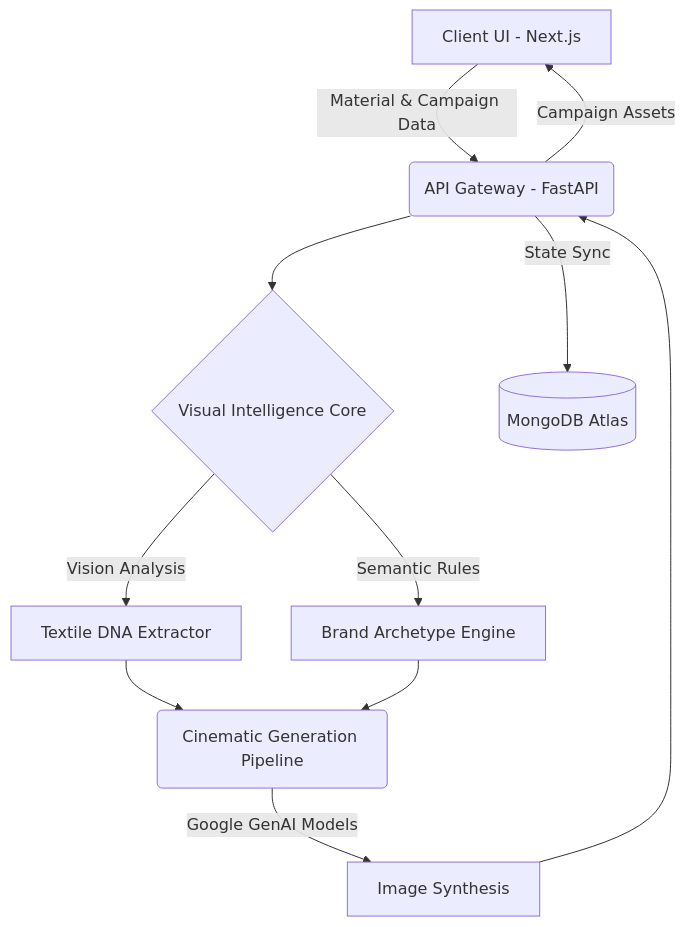
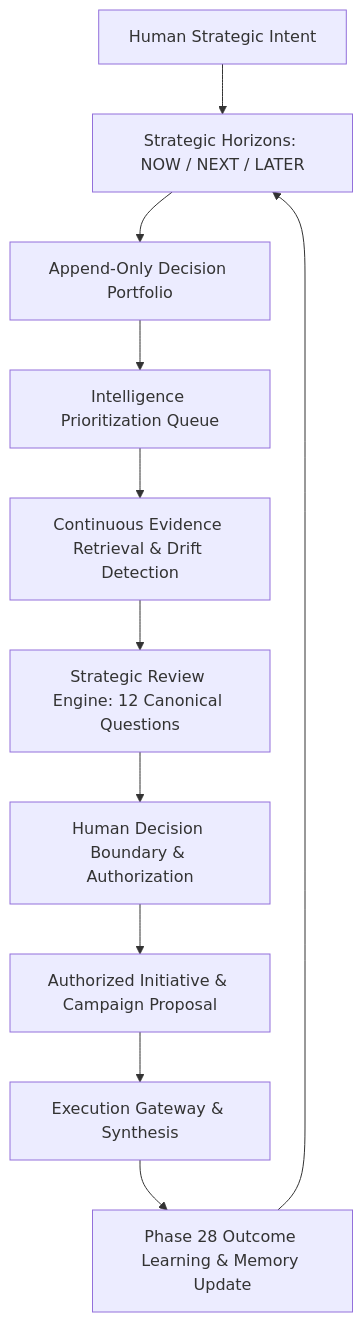
The diagram in README.md (Subhamcode16/MERCER-AI), drawn with Mermaid before and after one commit. The commit also changed other lines of this file and 2 other files, not shown here.

````diff
--- a/README.md
+++ b/README.md
@@ -44,13 +64,13 @@
 ```mermaid
 graph TD
-    A[Client UI - Next.js] -->|Material & Campaign Data| B(API Gateway - FastAPI)
-    B --> C{Visual Intelligence Core}
-    C -->|Vision Analysis| D[Textile DNA Extractor]
-    C -->|Semantic Rules| E[Brand Archetype Engine]
-    D --> F(Cinematic Generation Pipeline)
-    E --> F
-    F -->|Google GenAI Models| G[Image Synthesis]
-    G --> B
-    B -->|Campaign Assets| A
-    B -->|State Sync| H[(MongoDB Atlas)]
+    A[Human Strategic Intent] --> B[Strategic Horizons: NOW / NEXT / LATER]
+    B --> C[Append-Only Decision Portfolio]
+    C --> D[Intelligence Prioritization Queue]
+    D --> E[Continuous Evidence Retrieval & Drift Detection]
+    E --> F[Strategic Review Engine: 12 Canonical Questions]
+    F --> G[Human Decision Boundary & Authorization]
+    G --> H[Authorized Initiative & Campaign Proposal]
+    H --> I[Execution Gateway & Synthesis]
+    I --> J[Phase 28 Outcome Learning & Memory Update]
+    J --> B
 ```
````
